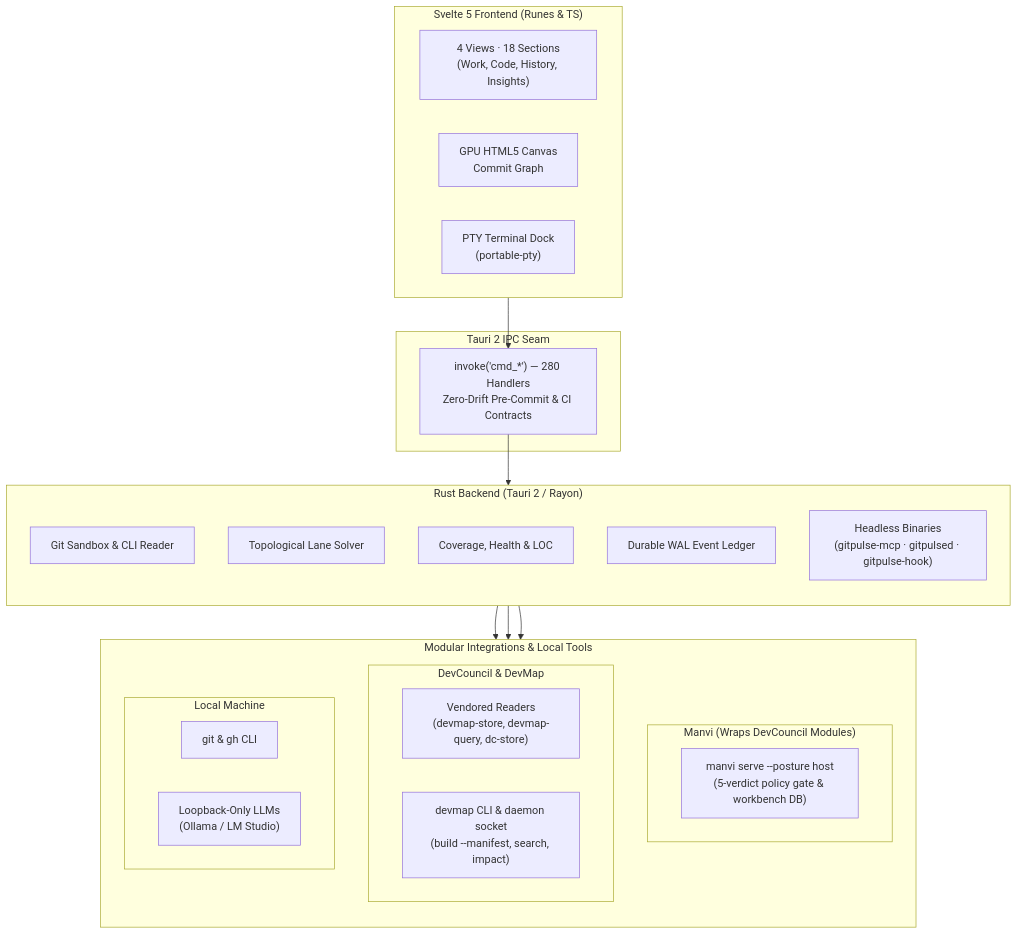
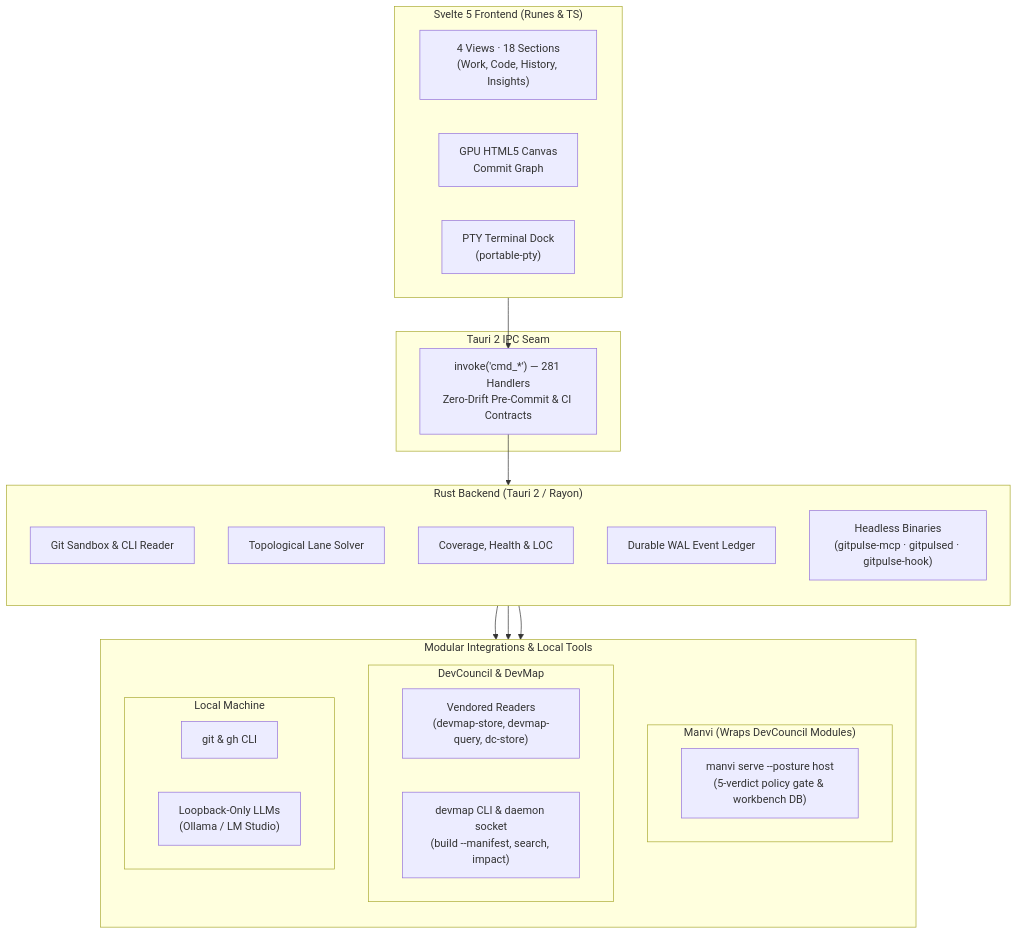
One commit to bharathvbcr/GitPulse changed the diagram in README.md. Above: the diagram before and after it, drawn with Mermaid. The commit also changed 7 other files, not shown here.

First line of the commit message:
chore(pulse): grant cmd_verify_commit_signature, record the pulse signed A/B, bump documented counts

````diff
--- a/README.md
+++ b/README.md
@@ -123,43 +123,43 @@
 ```mermaid
 flowchart TB
     subgraph Frontend["Svelte 5 Frontend (Runes & TS)"]
         direction LR
         Views["4 Views · 18 Sections<br/>(Work, Code, History, Insights)"]
         Canvas["GPU HTML5 Canvas<br/>Commit Graph"]
         TerminalDock["PTY Terminal Dock<br/>(portable-pty)"]
     end
 
     subgraph IPC["Tauri 2 IPC Seam"]
-        Bridge["invoke('cmd_*') — 280 Handlers<br/>Zero-Drift Pre-Commit & CI Contracts"]
+        Bridge["invoke('cmd_*') — 281 Handlers<br/>Zero-Drift Pre-Commit & CI Contracts"]
     end
 
     subgraph Backend["Rust Backend (Tauri 2 / Rayon)"]
         direction TB
         GitEngine["Git Sandbox & CLI Reader"]
         LaneSolver["Topological Lane Solver"]
         Analyzers["Coverage, Health & LOC"]
         Ledger["Durable WAL Event Ledger"]
         Headless["Headless Binaries<br/>(gitpulse-mcp · gitpulsed · gitpulse-hook)"]
     end
 
     subgraph Integrations["Modular Integrations & Local Tools"]
         direction TB
         subgraph ManviWrap["Manvi (Wraps DevCouncil Modules)"]
             ManviSidecar["manvi serve --posture host<br/>(5-verdict policy gate & workbench DB)"]
         end
         subgraph DevCouncilMods["DevCouncil & DevMap"]
             Vendored["Vendored Readers<br/>(devmap-store, devmap-query, dc-store)"]
             DevMapCLI["devmap CLI & daemon socket<br/>(build --manifest, search, impact)"]
         end
         subgraph LocalTools["Local Machine"]
             CLI["git & gh CLI"]
             LocalLLM["Loopback-Only LLMs<br/>(Ollama / LM Studio)"]
         end
     end
 
     Frontend --> Bridge
     Bridge --> Backend
     Backend --> ManviWrap
     Backend --> DevCouncilMods
     Backend --> LocalTools
 ```
````
